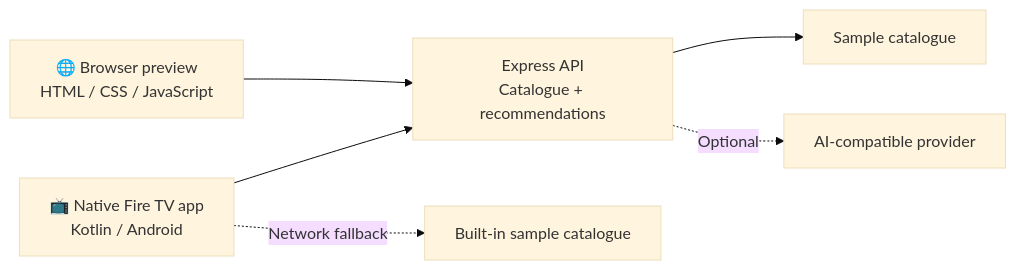
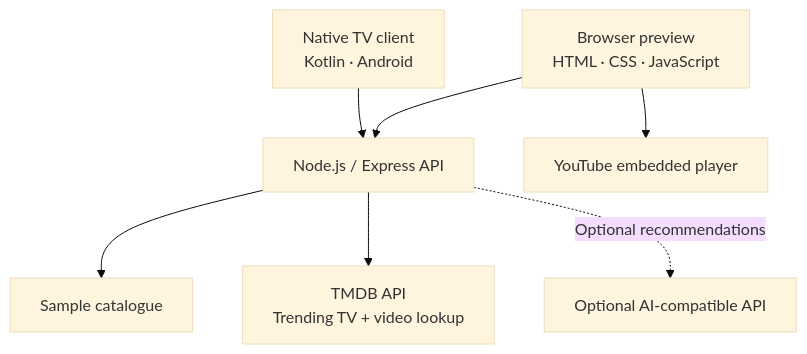
Before and after one commit to Mohitrath/watchwise-fire-tv: the diagram in README.md, drawn with Mermaid (base theme). The commit also changed other lines of this file, not shown here.

````diff
--- a/README.md
+++ b/README.md
@@ -77,8 +81,17 @@
 ```mermaid
-flowchart LR
-    TV["📺 Native Fire TV app<br/>Kotlin / Android"] --> API["Express API<br/>Catalogue + recommendations"]
-    WEB["🌐 Browser preview<br/>HTML / CSS / JavaScript"] --> API
-    API --> CAT["Sample catalogue"]
-    API -. "Optional" .-> AI["AI-compatible provider"]
-    TV -. "Network fallback" .-> LOCAL["Built-in sample catalogue"]
+flowchart TD
+    WEB["Browser preview<br/>HTML · CSS · JavaScript"]
+    TV["Native TV client<br/>Kotlin · Android"]
+    API["Node.js / Express API"]
+    CATALOGUE["Sample catalogue"]
+    TMDB["TMDB API<br/>Trending TV + video lookup"]
+    AI["Optional AI-compatible API"]
+    YT["YouTube embedded player"]
+
+    WEB --> API
+    TV --> API
+    API --> CATALOGUE
+    API --> TMDB
+    API -. "Optional recommendations" .-> AI
+    WEB --> YT
 ```
````
